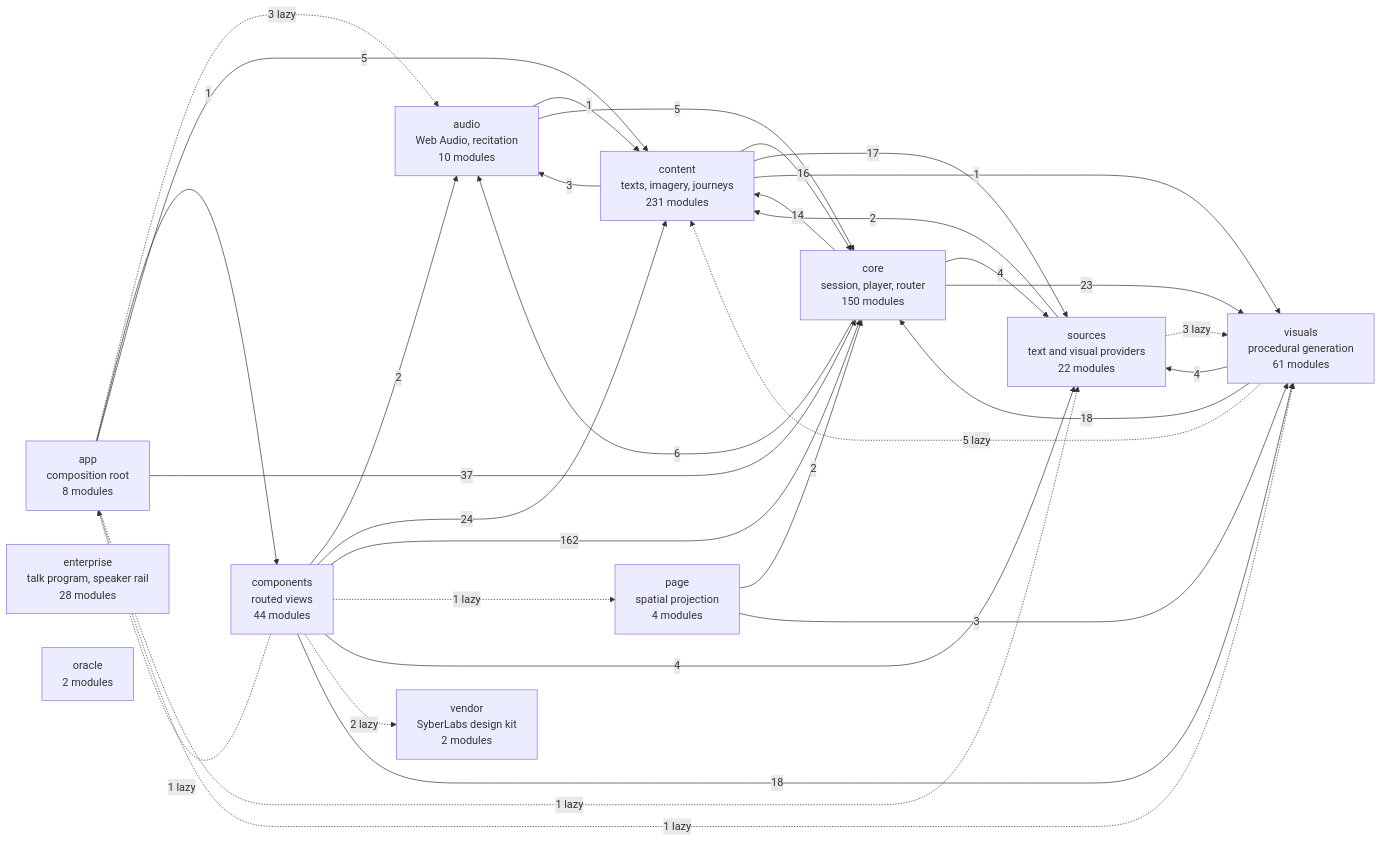
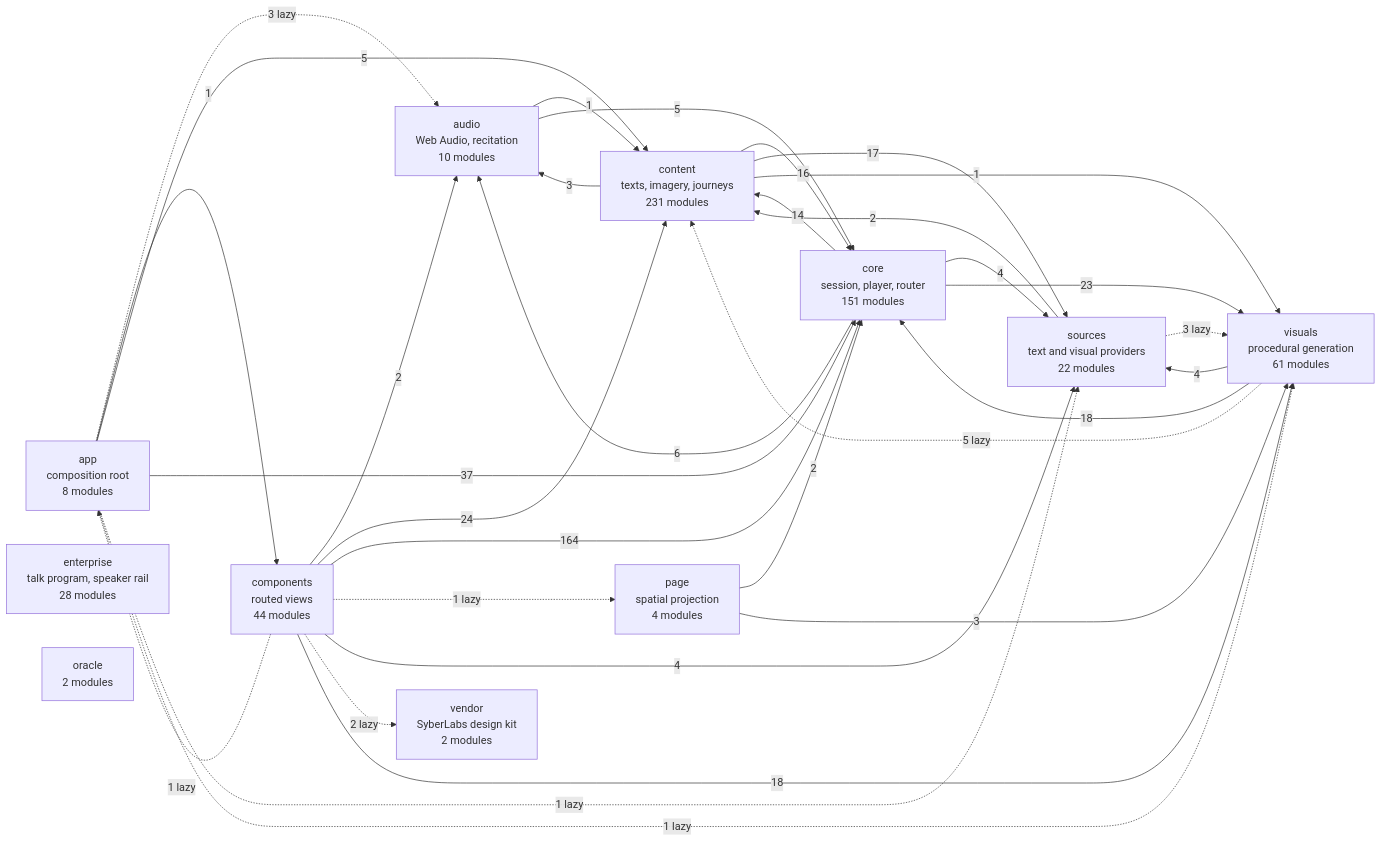
The diagram in docs/specs/ARCHITECTURE.md (SyberLabs/RISE), drawn with Mermaid before and after one commit. The commit also changed other lines of this file and 9 other files, not shown here.

````diff
--- a/docs/specs/ARCHITECTURE.md
+++ b/docs/specs/ARCHITECTURE.md
@@ -160,46 +160,46 @@
 ```mermaid
 flowchart LR
     app["app<br/>composition root<br/>8 modules"]
     audio["audio<br/>Web Audio, recitation<br/>10 modules"]
     components["components<br/>routed views<br/>44 modules"]
     content["content<br/>texts, imagery, journeys<br/>231 modules"]
-    core["core<br/>session, player, router<br/>150 modules"]
+    core["core<br/>session, player, router<br/>151 modules"]
     enterprise["enterprise<br/>talk program, speaker rail<br/>28 modules"]
     oracle["oracle<br/>2 modules"]
     page["page<br/>spatial projection<br/>4 modules"]
     sources["sources<br/>text and visual providers<br/>22 modules"]
     vendor["vendor<br/>SyberLabs design kit<br/>2 modules"]
     visuals["visuals<br/>procedural generation<br/>61 modules"]
 
     app -.-> |3 lazy| audio
     app --> |1| components
     app --> |5| content
     app --> |37| core
     app -.-> |1 lazy| sources
     app -.-> |1 lazy| visuals
     audio --> |1| content
     audio --> |5| core
     components -.-> |1 lazy| app
     components --> |2| audio
     components --> |24| content
-    components --> |162| core
+    components --> |164| core
     components -.-> |1 lazy| page
     components --> |4| sources
     components -.-> |2 lazy| vendor
     components --> |18| visuals
     content --> |3| audio
     content --> |16| core
     content --> |17| sources
     content --> |1| visuals
     core --> |6| audio
     core --> |14| content
     core --> |4| sources
     core --> |23| visuals
     page --> |2| core
     page --> |3| visuals
     sources --> |2| content
     sources -.-> |3 lazy| visuals
     visuals -.-> |5 lazy| content
     visuals --> |18| core
     visuals --> |4| sources
 ```
````
